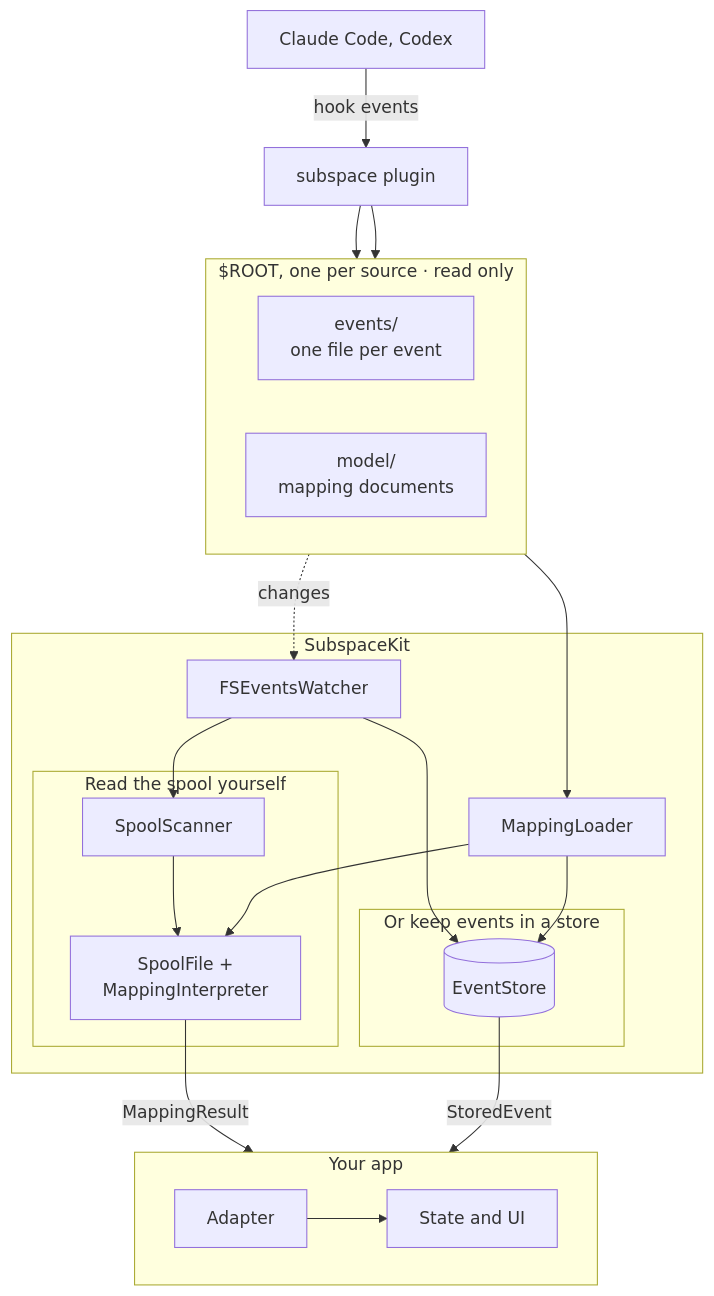
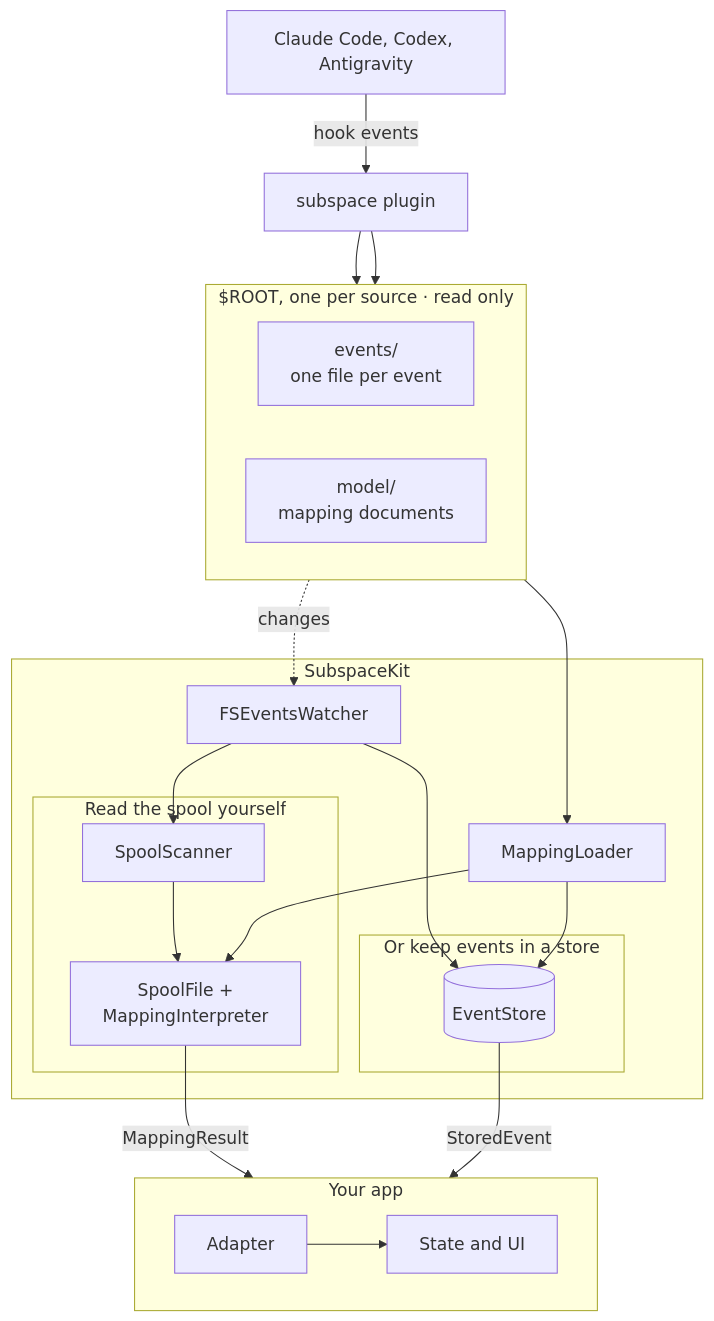
The first of 2 diagrams in SubspaceKit/README.md (we-are-the-borg/collective), drawn with Mermaid before and after one commit. The commit also changed other lines of this file and 196 other files, not shown here.

First line of the commit message:
feat(antigravity): add Google Antigravity as a subspace source (#27)

````diff
--- a/SubspaceKit/README.md
+++ b/SubspaceKit/README.md
@@ -59,39 +59,39 @@
 ```mermaid
 flowchart TB
-    agents["Claude Code, Codex"] -->|"hook events"| plugin["subspace plugin"]
+    agents["Claude Code, Codex, Antigravity"] -->|"hook events"| plugin["subspace plugin"]
     plugin --> events
     plugin --> model
 
     subgraph root["$ROOT, one per source · read only"]
         direction LR
         events["events/<br/>one file per event"]
         model["model/<br/>mapping documents"]
     end
 
     subgraph kit["SubspaceKit"]
         watcher["FSEventsWatcher"]
         loader["MappingLoader"]
         subgraph direct["Read the spool yourself"]
             scanner["SpoolScanner"]
             mapping["SpoolFile +<br/>MappingInterpreter"]
         end
         subgraph stored["Or keep events in a store"]
             store[("EventStore")]
         end
     end
 
     subgraph app["Your app"]
         direction LR
         adapter["Adapter"] --> state["State and UI"]
     end
 
     events -.->|"changes"| watcher
     model --> loader
     watcher --> scanner
     watcher --> store
     loader --> mapping
     loader --> store
     scanner --> mapping
     mapping -->|"MappingResult"| adapter
     store -->|"StoredEvent"| adapter
 ```
````
